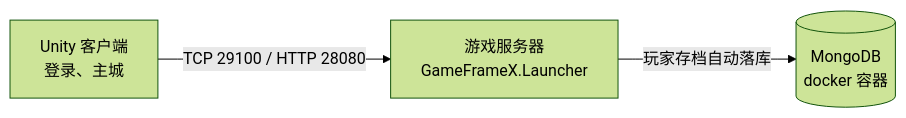
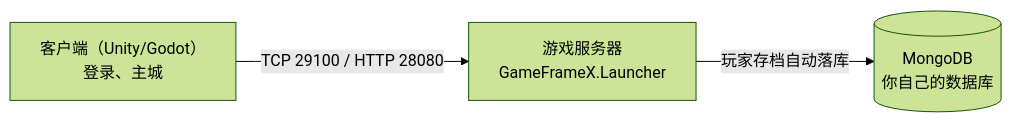
One commit to AlianBlank/GameFrameX.Docs changed the diagram in docs/zh-CN/guide/next-steps.md. Above: the diagram before and after it, drawn with Mermaid (forest theme). The commit also changed other lines of this file and 5 other files, not shown here.

````diff
--- a/docs/zh-CN/guide/next-steps.md
+++ b/docs/zh-CN/guide/next-steps.md
@@ -9,5 +9,5 @@
 ```mermaid
 flowchart LR
-    U[Unity 客户端<br/>登录、主城] -- "TCP 29100 / HTTP 28080" --> S[游戏服务器<br/>GameFrameX.Launcher]
-    S -- "玩家存档自动落库" --> D[(MongoDB<br/>docker 容器)]
+    U[客户端（Unity/Godot）<br/>登录、主城] -- "TCP 29100 / HTTP 28080" --> S[游戏服务器<br/>GameFrameX.Launcher]
+    S -- "玩家存档自动落库" --> D[(MongoDB<br/>你自己的数据库)]
 ```
````
